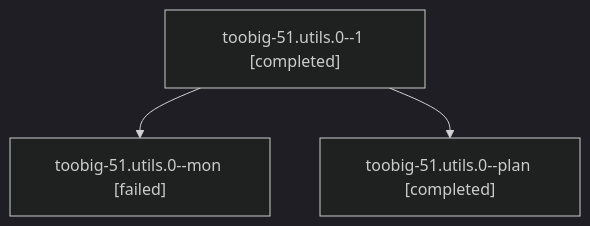
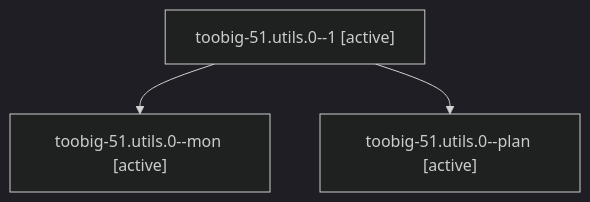
One commit to sase-org/sase--agents changed the diagram in families/bbugyi200.athena.toobig-51.utils.0.md. Above: the diagram before and after it, drawn with Mermaid (dark theme). The commit also changed other lines of this file and 35830 other files, not shown here.

````diff
--- a/families/bbugyi200.athena.toobig-51.utils.0.md
+++ b/families/bbugyi200.athena.toobig-51.utils.0.md
@@ -9,8 +9,8 @@
 ```mermaid
 flowchart TD
-  n0["toobig-51.utils.0--1 [completed]"]
-  n1["toobig-51.utils.0--mon [failed]"]
+  n0["toobig-51.utils.0--1 [active]"]
+  n1["toobig-51.utils.0--mon [active]"]
   n0 --> n1
-  n2["toobig-51.utils.0--plan [completed]"]
+  n2["toobig-51.utils.0--plan [active]"]
   n0 --> n2
 ```
````
